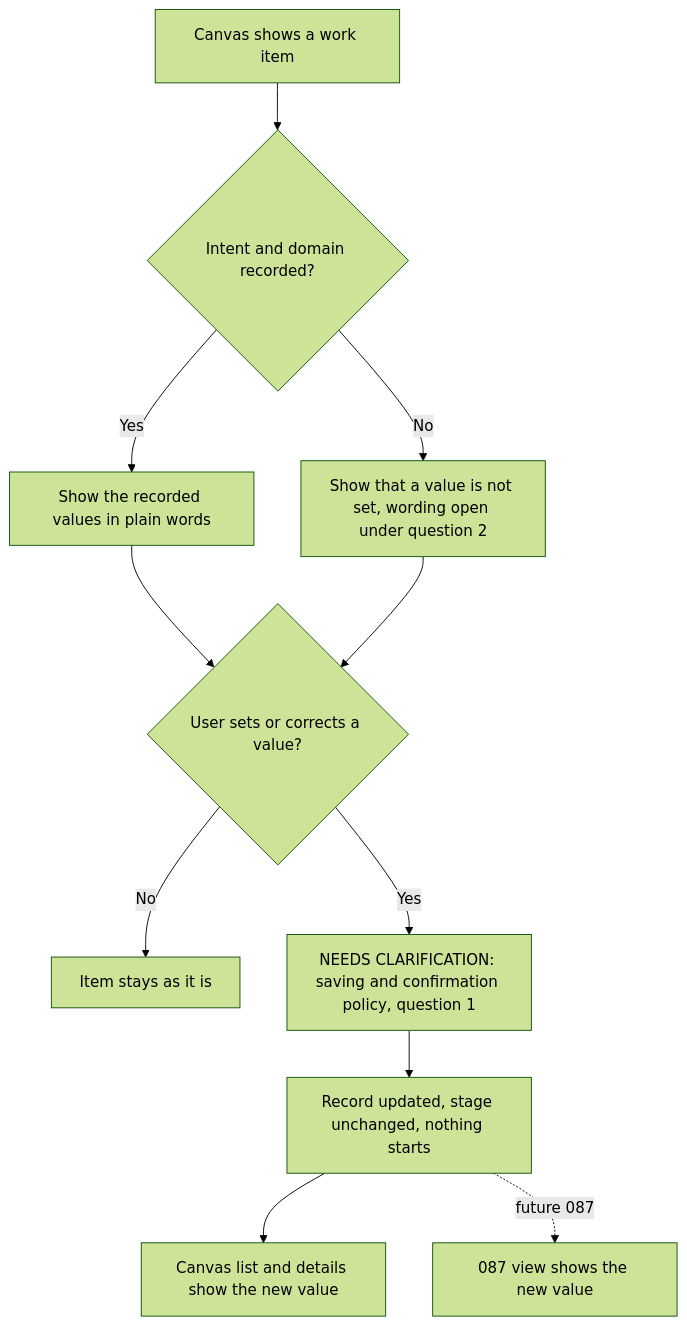
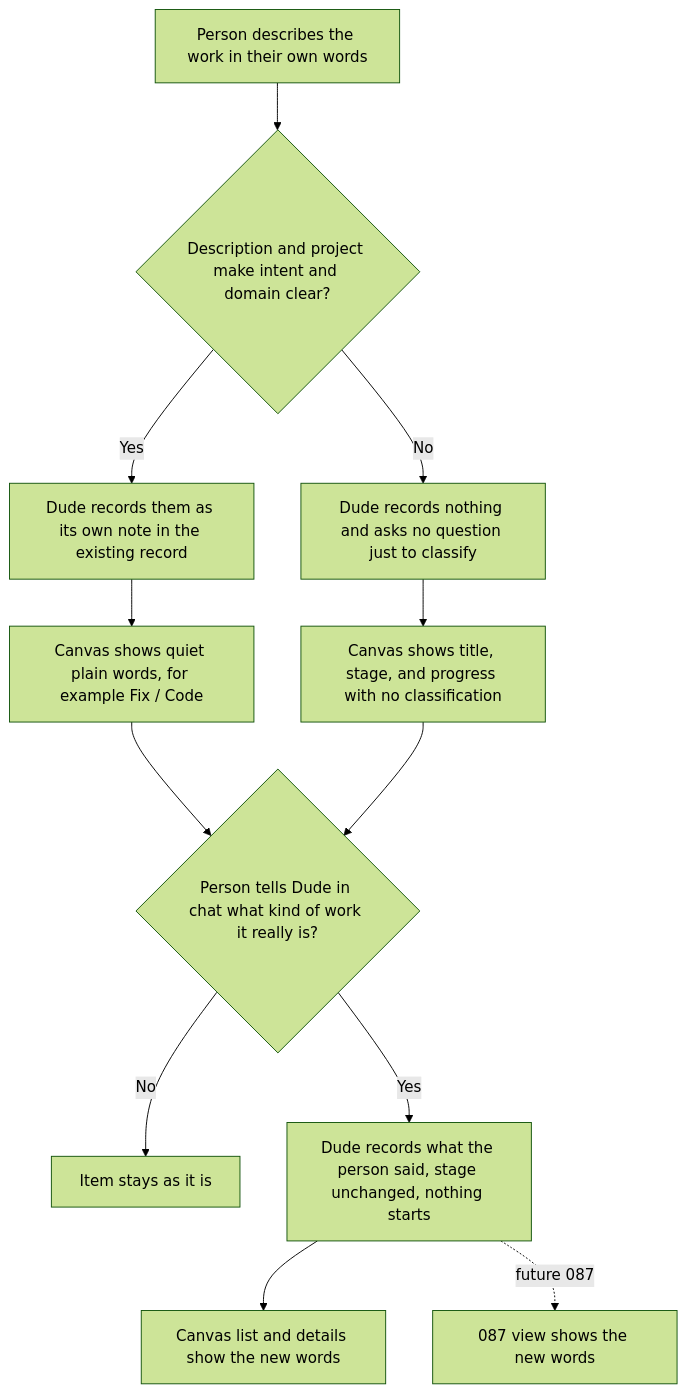
The second of 3 diagrams in .dude/ideas/067-work-type-presentation.md (E-G-C/dude), drawn with Mermaid (forest theme) before and after one commit. The commit also changed other lines of this file and 427 other files, not shown here.

First line of the commit message:
feat(067): record work type internally and show progress in status

````diff
--- a/.dude/ideas/067-work-type-presentation.md
+++ b/.dude/ideas/067-work-type-presentation.md
@@ -108,13 +177,14 @@
 ```mermaid
 graph TD
-  A[Canvas shows a work item] --> B{Intent and domain recorded?}
-  B -->|Yes| C[Show the recorded values in plain words]
-  B -->|No| N[Show that a value is not set, wording open under question 2]
-  C --> E{User sets or corrects a value?}
+  A[Person describes the work in their own words] --> B{Description and project make intent and domain clear?}
+  B -->|Yes| R[Dude records them as its own note in the existing record]
+  B -->|No| K[Dude records nothing and asks no question just to classify]
+  R --> C[Canvas shows quiet plain words, for example Fix / Code]
+  K --> N[Canvas shows title, stage, and progress with no classification]
+  C --> E{Person tells Dude in chat what kind of work it really is?}
   N --> E
-  E -->|No| K[Item stays as it is]
-  E -->|Yes| Q[NEEDS CLARIFICATION: saving and confirmation policy, question 1]
-  Q --> U[Record updated, stage unchanged, nothing starts]
-  U --> L[Canvas list and details show the new value]
-  U -.->|future 087| M[087 view shows the new value]
+  E -->|No| S[Item stays as it is]
+  E -->|Yes| U[Dude records what the person said, stage unchanged, nothing starts]
+  U --> L[Canvas list and details show the new words]
+  U -.->|future 087| M[087 view shows the new words]
 ```
````
